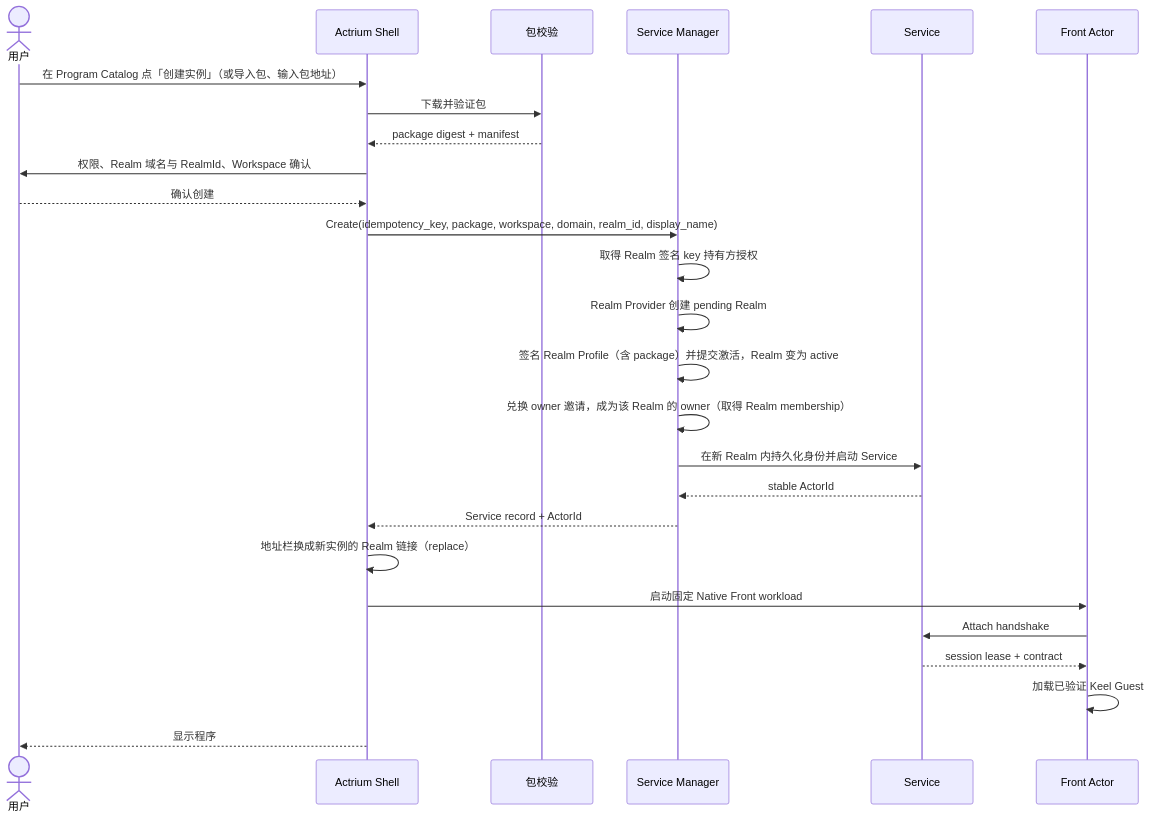
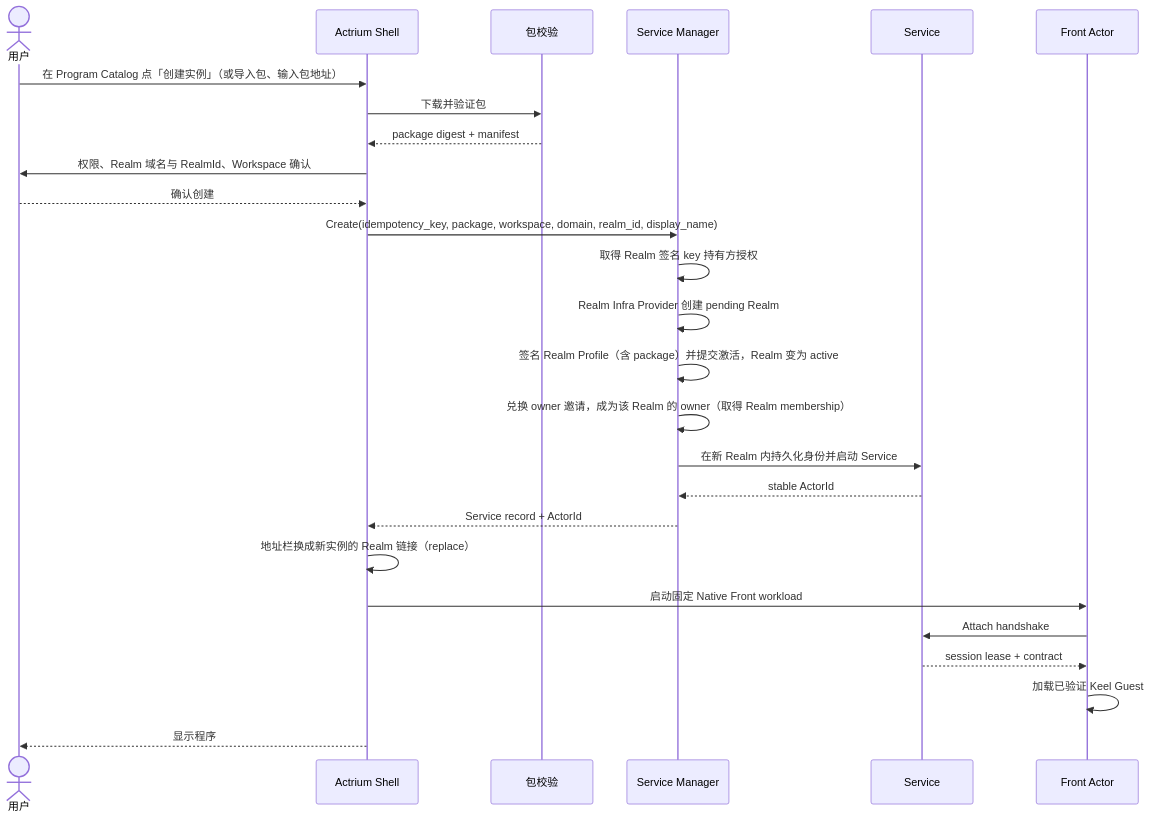
One commit to Actrium/actrium changed the diagram in docs/product/actrium-v1/03-user-experience.zh.md. Above: the diagram before and after it, drawn with Mermaid. The commit also changed other lines of this file and 75 other files, not shown here.

First line of the commit message:
refactor(realm): clarify the infrastructure provider role

````diff
--- a/docs/product/actrium-v1/03-user-experience.zh.md
+++ b/docs/product/actrium-v1/03-user-experience.zh.md
@@ -116,29 +116,29 @@
 ```mermaid
 sequenceDiagram
     actor U as 用户
     participant A as Actrium Shell
     participant P as 包校验
     participant M as Service Manager
     participant S as Service
     participant F as Front Actor
 
     U->>A: 在 Program Catalog 点「创建实例」（或导入包、输入包地址）
     A->>P: 下载并验证包
     P-->>A: package digest + manifest
     A->>U: 权限、Realm 域名与 RealmId、Workspace 确认
     U-->>A: 确认创建
     A->>M: Create(idempotency_key, package, workspace, domain, realm_id, display_name)
     M->>M: 取得 Realm 签名 key 持有方授权
-    M->>M: Realm Provider 创建 pending Realm
+    M->>M: Realm Infra Provider 创建 pending Realm
     M->>M: 签名 Realm Profile（含 package）并提交激活，Realm 变为 active
     M->>M: 兑换 owner 邀请，成为该 Realm 的 owner（取得 Realm membership）
     M->>S: 在新 Realm 内持久化身份并启动 Service
     S-->>M: stable ActorId
     M-->>A: Service record + ActorId
     A->>A: 地址栏换成新实例的 Realm 链接（replace）
     A->>F: 启动固定 Native Front workload
     F->>S: Attach handshake
     S-->>F: session lease + contract
     F->>F: 加载已验证 Keel Guest
     A-->>U: 显示程序
 ```
````
